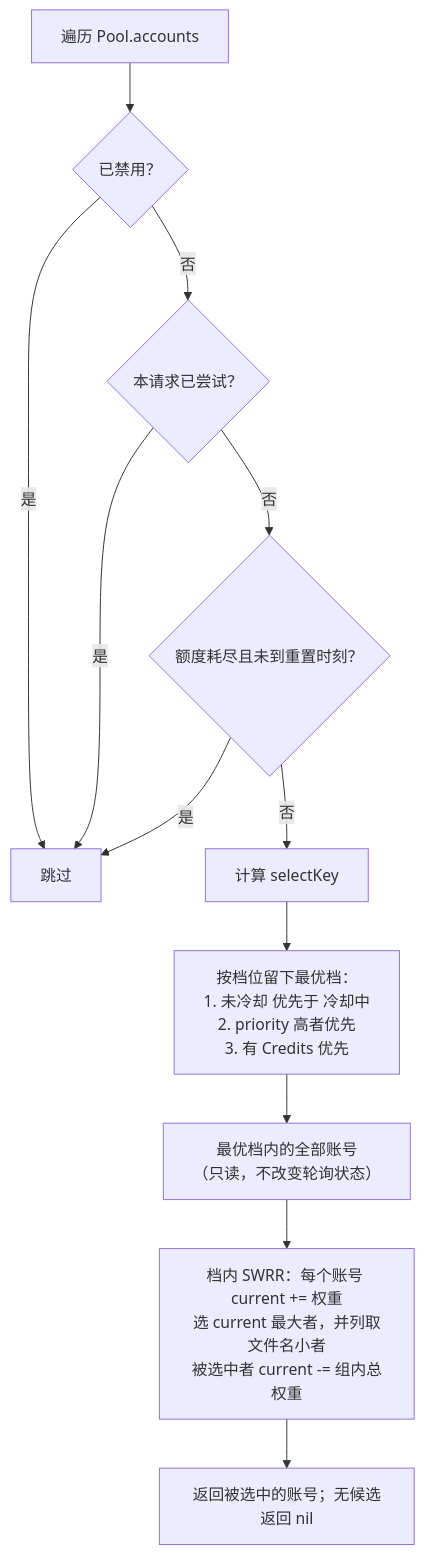
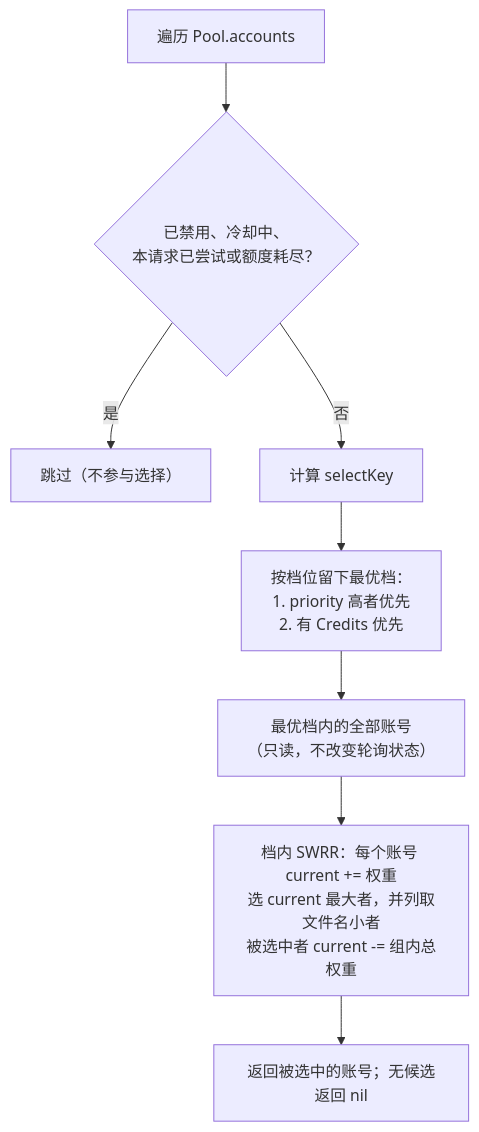
The third of 3 diagrams in docs/pool.md (1oo1/ghc2api), drawn with Mermaid before and after one commit. The commit also changed other lines of this file and 47 other files, not shown here.

````diff
--- a/docs/pool.md
+++ b/docs/pool.md
@@ -72,14 +118,10 @@
 ```mermaid
 flowchart TD
-    A["遍历 Pool.accounts"] --> B{"已禁用？"}
-    B -- 是 --> X["跳过"]
-    B -- 否 --> C{"本请求已尝试？"}
-    C -- 是 --> X
-    C -- 否 --> D{"额度耗尽且未到重置时刻？"}
-    D -- 是 --> X
-    D -- 否 --> E["计算 selectKey"]
-    E --> F["按档位留下最优档：<br/>1. 未冷却 优先于 冷却中<br/>2. priority 高者优先<br/>3. 有 Credits 优先"]
+    A["遍历 Pool.accounts"] --> B{"已禁用、冷却中、<br/>本请求已尝试或额度耗尽？"}
+    B -- 是 --> X["跳过（不参与选择）"]
+    B -- 否 --> E["计算 selectKey"]
+    E --> F["按档位留下最优档：<br/>1. priority 高者优先<br/>2. 有 Credits 优先"]
     F --> G["最优档内的全部账号<br/>（只读，不改变轮询状态）"]
     G --> H["档内 SWRR：每个账号 current += 权重<br/>选 current 最大者，并列取文件名小者<br/>被选中者 current -= 组内总权重"]
     H --> I["返回被选中的账号；无候选返回 nil"]
 ```
````
